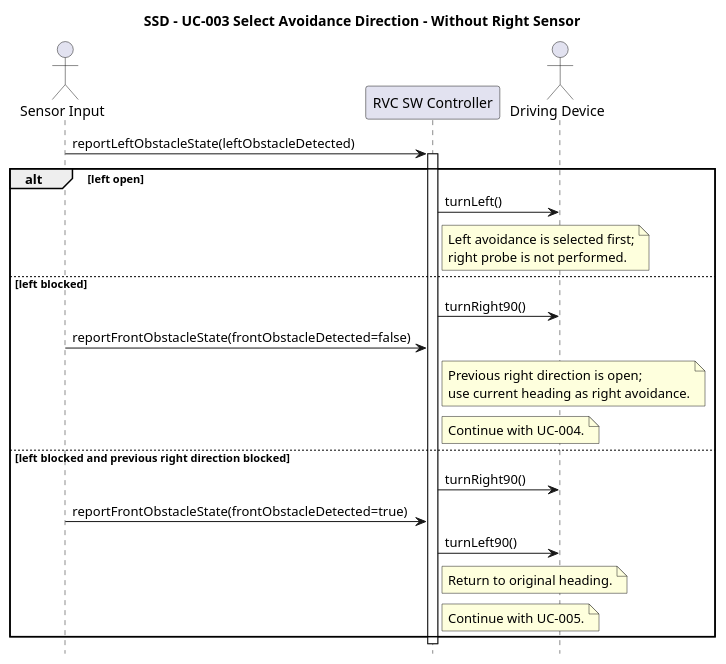
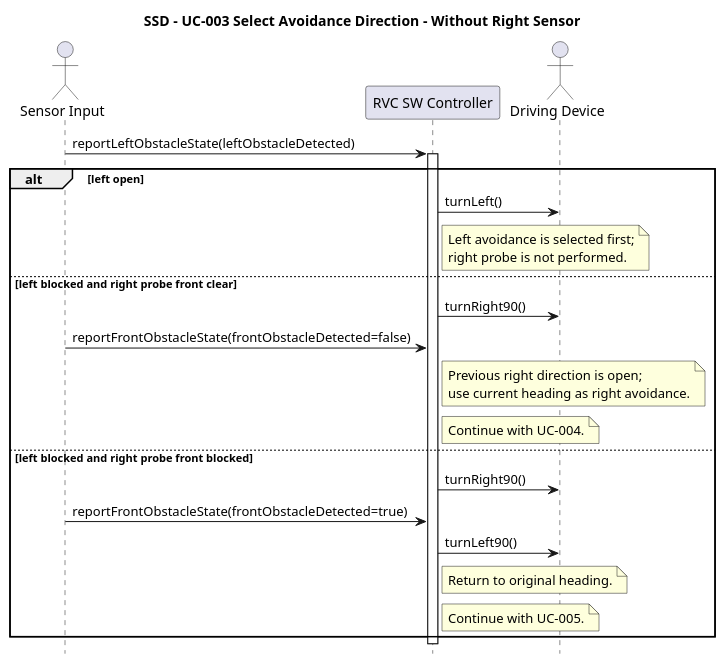
Before and after one commit to OOAD-Team3/Robot-Vacuum-Cleaner-AI: the diagram in docs/ssd-without-right-sensor/UC-003.puml, drawn with PlantUML.

Commit message:
refactor: 분기명 수정

```diff
--- a/docs/ssd-without-right-sensor/UC-003.puml
+++ b/docs/ssd-without-right-sensor/UC-003.puml
@@ -1,28 +1,28 @@
 @startuml SSD_UC003_Select_Avoidance_Direction_Without_Right_Sensor
 hide footbox
 title SSD - UC-003 Select Avoidance Direction - Without Right Sensor
 
 actor "Sensor Input" as Sensor
 participant "RVC SW Controller" as System
 actor "Driving Device" as Drive
 
 Sensor -> System: reportLeftObstacleState(leftObstacleDetected)
 activate System
 
 alt left open
     System -> Drive: turnLeft()
     note right of System: Left avoidance is selected first;\nright probe is not performed.
-else left blocked
+else left blocked and right probe front clear
     System -> Drive: turnRight90()
     Sensor -> System: reportFrontObstacleState(frontObstacleDetected=false)
     note right of System: Previous right direction is open;\nuse current heading as right avoidance.
     note right of System: Continue with UC-004.
-else left blocked and previous right direction blocked
+else left blocked and right probe front blocked
     System -> Drive: turnRight90()
     Sensor -> System: reportFrontObstacleState(frontObstacleDetected=true)
     System -> Drive: turnLeft90()
     note right of System: Return to original heading.
     note right of System: Continue with UC-005.
 end
 deactivate System
 @enduml
```
